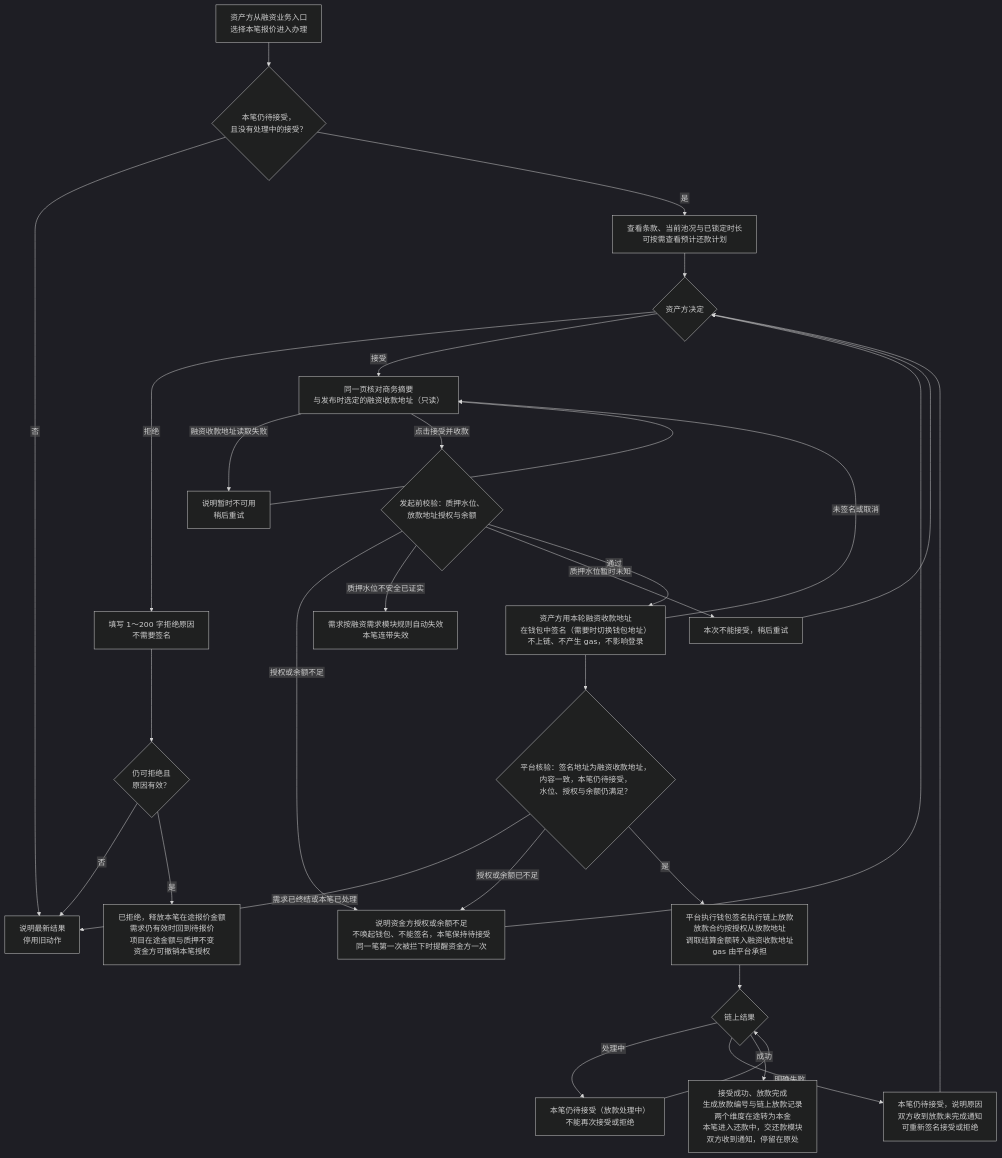
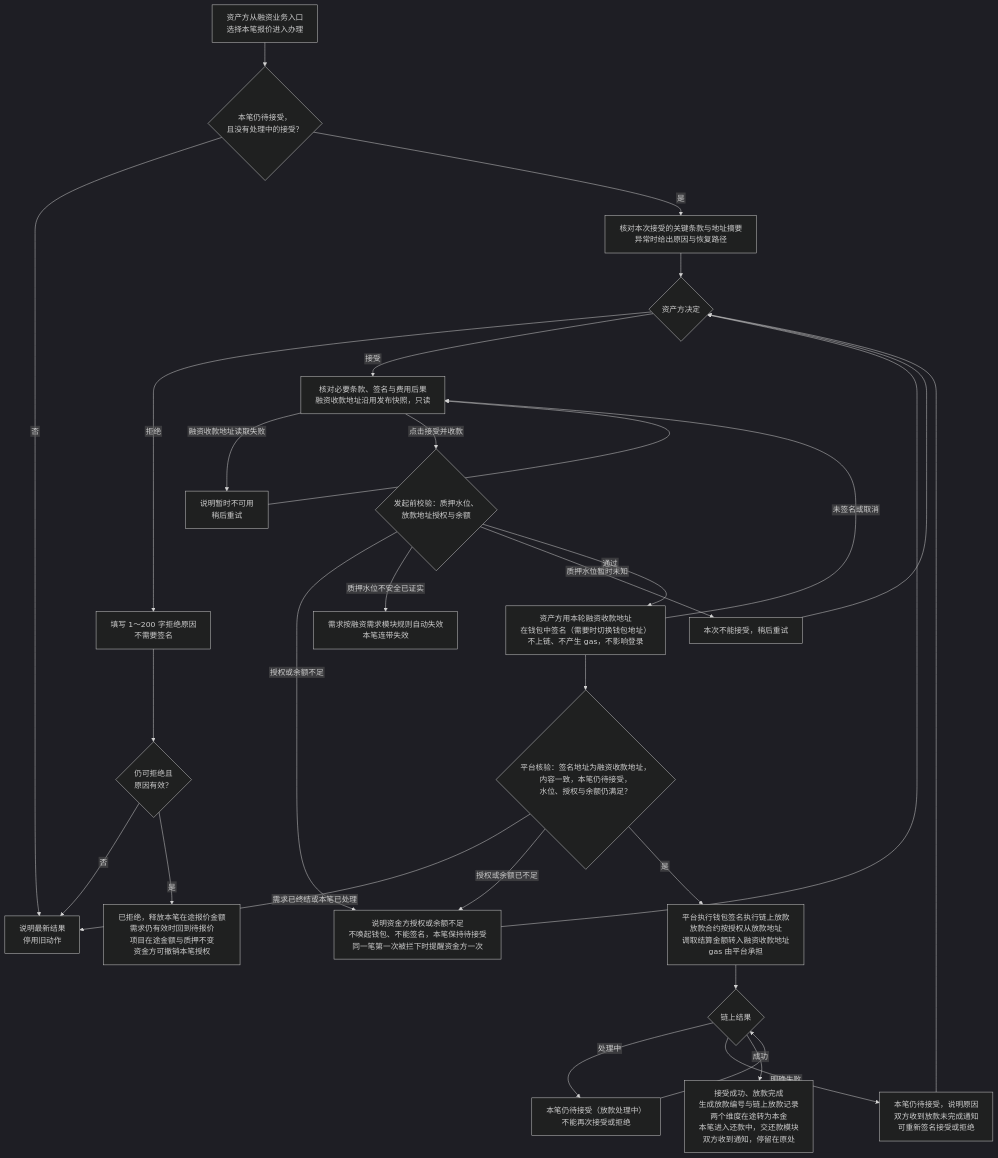
One commit to wxblockchain/Chain-Financing changed the second of 10 diagrams in lending-platform/PRD/面客端/06-借贷广场-授信报价与接受拒绝/02-授信报价与接受拒绝-流程图与状态机.md. Above: the diagram before and after it, drawn with Mermaid (dark theme). The commit also changed other lines of this file and 6 other files, not shown here.

````diff
--- a/lending-platform/PRD/面客端/06-借贷广场-授信报价与接受拒绝/02-授信报价与接受拒绝-流程图与状态机.md
+++ b/lending-platform/PRD/面客端/06-借贷广场-授信报价与接受拒绝/02-授信报价与接受拒绝-流程图与状态机.md
@@ -63,33 +63,33 @@
 ```mermaid
 %%{init: {"flowchart": {"htmlLabels": false, "wrappingWidth": 400}}}%%
 flowchart TD
   A["资产方从融资业务入口<br/>选择本笔报价进入办理"] --> B{"本笔仍待接受，<br/>且没有处理中的接受？"}
   B -->|"否"| X["说明最新结果<br/>停用旧动作"]
-  B -->|"是"| C["查看条款、当前池况与已锁定时长<br/>可按需查看预计还款计划"]
+  B -->|"是"| C["核对本次接受的关键条款与地址摘要<br/>异常时给出原因与恢复路径"]
   C --> D{"资产方决定"}
   D -->|"拒绝"| R["填写 1～200 字拒绝原因<br/>不需要签名"]
   R --> R1{"仍可拒绝且<br/>原因有效？"}
   R1 -->|"否"| X
   R1 -->|"是"| R2["已拒绝，释放本笔在途报价金额<br/>需求仍有效时回到待报价<br/>项目在途金额与质押不变<br/>资金方可撤销本笔授权"]
-  D -->|"接受"| E["同一页核对商务摘要<br/>与发布时选定的融资收款地址（只读）"]
+  D -->|"接受"| E["核对必要条款、签名与费用后果<br/>融资收款地址沿用发布快照，只读"]
   E -->|"融资收款地址读取失败"| E1["说明暂时不可用<br/>稍后重试"]
   E1 --> E
   E -->|"点击接受并收款"| P{"发起前校验：质押水位、<br/>放款地址授权与余额"}
   P -->|"授权或余额不足"| P1["说明资金方授权或余额不足<br/>不唤起钱包、不能签名，本笔保持待接受<br/>同一笔第一次被拦下时提醒资金方一次"]
   P1 --> D
   P -->|"质押水位不安全已证实"| P2["需求按融资需求模块规则自动失效<br/>本笔连带失效"]
   P -->|"质押水位暂时未知"| P3["本次不能接受，稍后重试"]
   P3 --> D
   P -->|"通过"| J["资产方用本轮融资收款地址<br/>在钱包中签名（需要时切换钱包地址）<br/>不上链、不产生 gas，不影响登录"]
   J -->|"未签名或取消"| E
   J --> K{"平台核验：签名地址为融资收款地址，<br/>内容一致，本笔仍待接受，<br/>水位、授权与余额仍满足？"}
   K -->|"需求已终结或本笔已处理"| X
   K -->|"授权或余额已不足"| P1
   K -->|"是"| L["平台执行钱包签名执行链上放款<br/>放款合约按授权从放款地址<br/>调取结算金额转入融资收款地址<br/>gas 由平台承担"]
   L --> M{"链上结果"}
   M -->|"处理中"| M1["本笔仍待接受（放款处理中）<br/>不能再次接受或拒绝"]
   M1 --> M
   M -->|"明确失败"| M2["本笔仍待接受，说明原因<br/>双方收到放款未完成通知<br/>可重新签名接受或拒绝"]
   M2 --> D
   M -->|"成功"| N["接受成功、放款完成<br/>生成放款编号与链上放款记录<br/>两个维度在途转为本金<br/>本笔进入还款中，交还款模块<br/>双方收到通知，停留在原处"]
 ```
````
